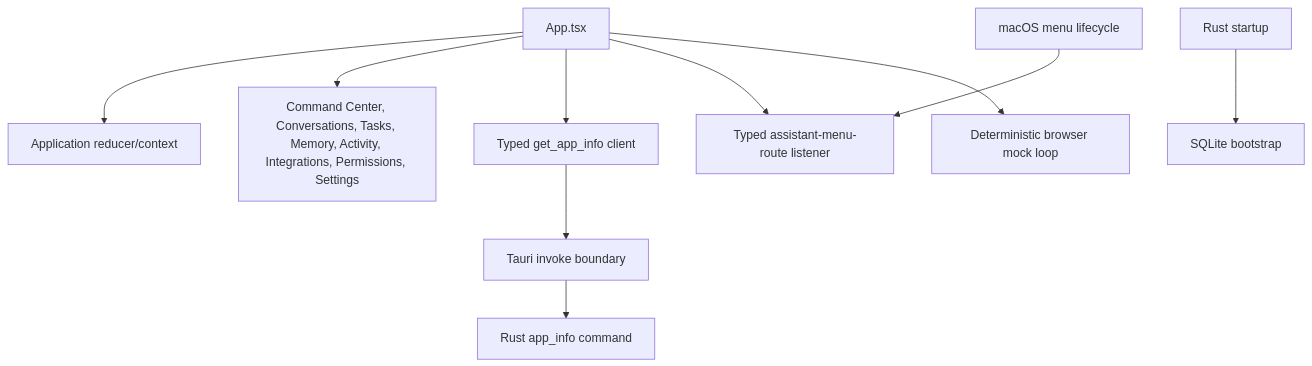
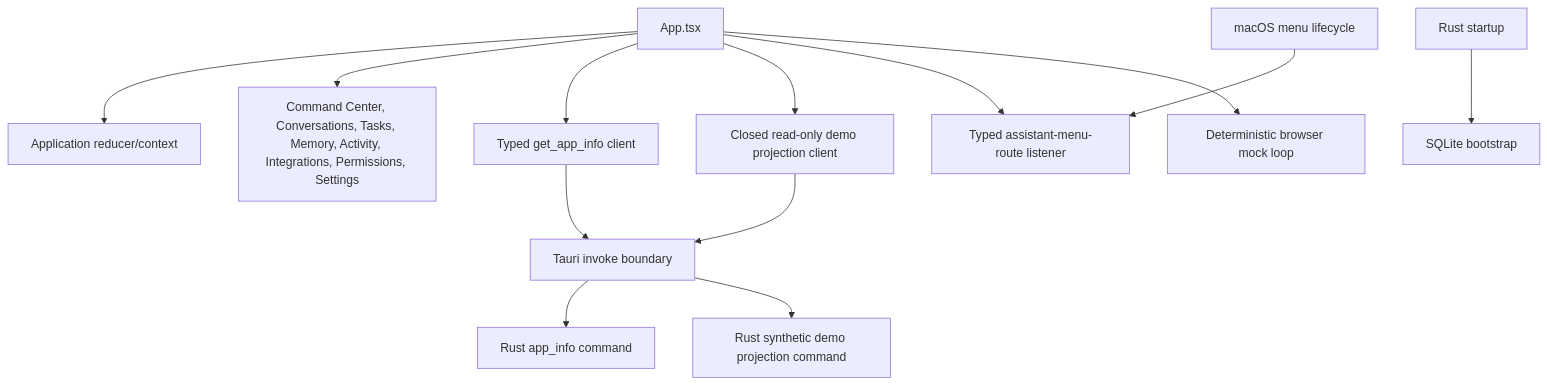
Before and after one commit to SillyRbbit/ai-agent-assistant: the second of 5 diagrams in ARCHITECTURE.md, drawn with Mermaid. The commit also changed other lines of this file and 26 other files, not shown here.

Commit message:
feat(demo): add read-only research knowledge projection (#67)

````diff
--- a/ARCHITECTURE.md
+++ b/ARCHITECTURE.md
@@ -52,12 +52,15 @@
 ```mermaid
 flowchart TD
     App["App.tsx"] --> State["Application reducer/context"]
     App --> Pages["Command Center, Conversations, Tasks, Memory, Activity, Integrations, Permissions, Settings"]
     App --> InfoClient["Typed get_app_info client"]
+    App --> DemoProjectionClient["Closed read-only demo projection client"]
     App --> MenuClient["Typed assistant-menu-route listener"]
     InfoClient --> IPC["Tauri invoke boundary"]
+    DemoProjectionClient --> IPC
     IPC --> Info["Rust app_info command"]
+    IPC --> DemoProjection["Rust synthetic demo projection command"]
     Menu["macOS menu lifecycle"] --> MenuClient
     Startup["Rust startup"] --> Storage["SQLite bootstrap"]
     App --> Mock["Deterministic browser mock loop"]
 ```
````
